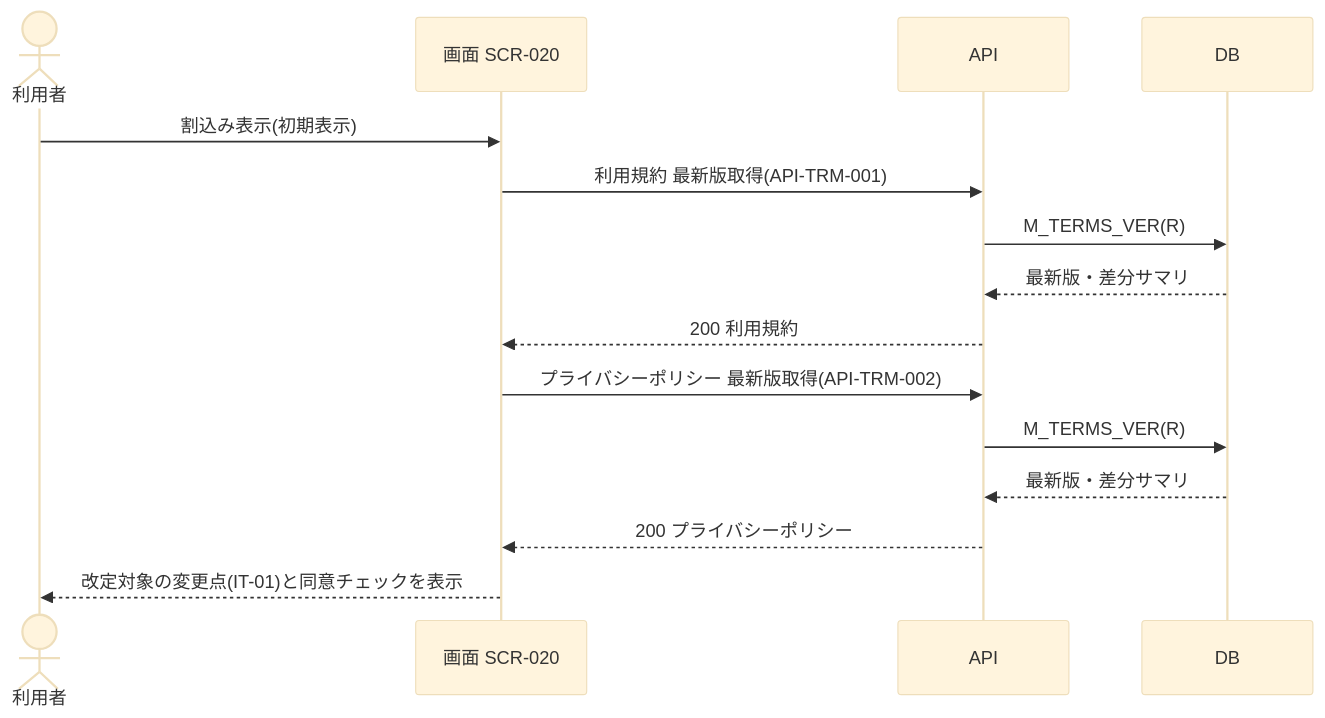
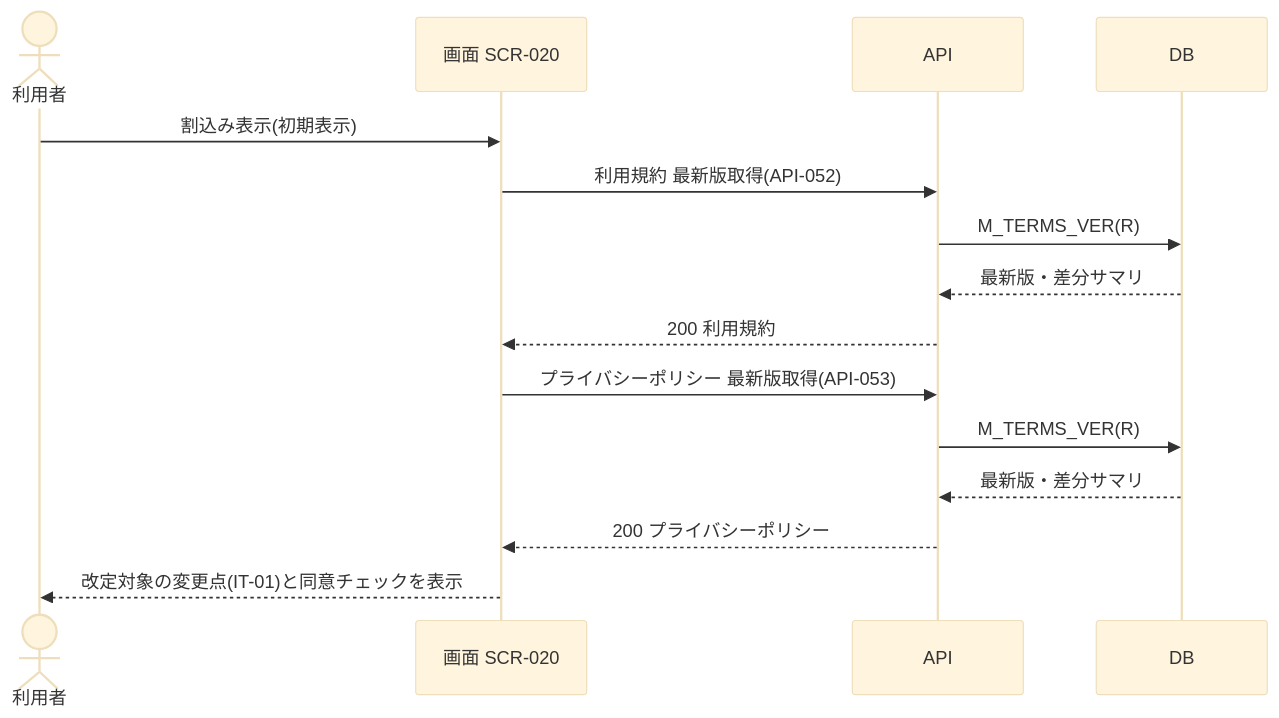
Before and after one commit to sikakou54/open-faq: the diagram in 01_requirements/02_business_usecases/UC-164.md, drawn with Mermaid (base theme). The commit also changed other lines of this file and 321 other files, not shown here.

````diff
--- a/01_requirements/02_business_usecases/UC-164.md
+++ b/01_requirements/02_business_usecases/UC-164.md
@@ -38,17 +38,17 @@
 ```mermaid
 sequenceDiagram
   actor U as 利用者
   participant S as 画面 SCR-020
   participant API as API
   participant DB as DB
   U->>S: 割込み表示(初期表示)
-  S->>API: 利用規約 最新版取得(API-TRM-001)
+  S->>API: 利用規約 最新版取得(API-052)
   API->>DB: M_TERMS_VER(R)
   DB-->>API: 最新版・差分サマリ
   API-->>S: 200 利用規約
-  S->>API: プライバシーポリシー 最新版取得(API-TRM-002)
+  S->>API: プライバシーポリシー 最新版取得(API-053)
   API->>DB: M_TERMS_VER(R)
   DB-->>API: 最新版・差分サマリ
   API-->>S: 200 プライバシーポリシー
   S-->>U: 改定対象の変更点(IT-01)と同意チェックを表示
 ```
````
